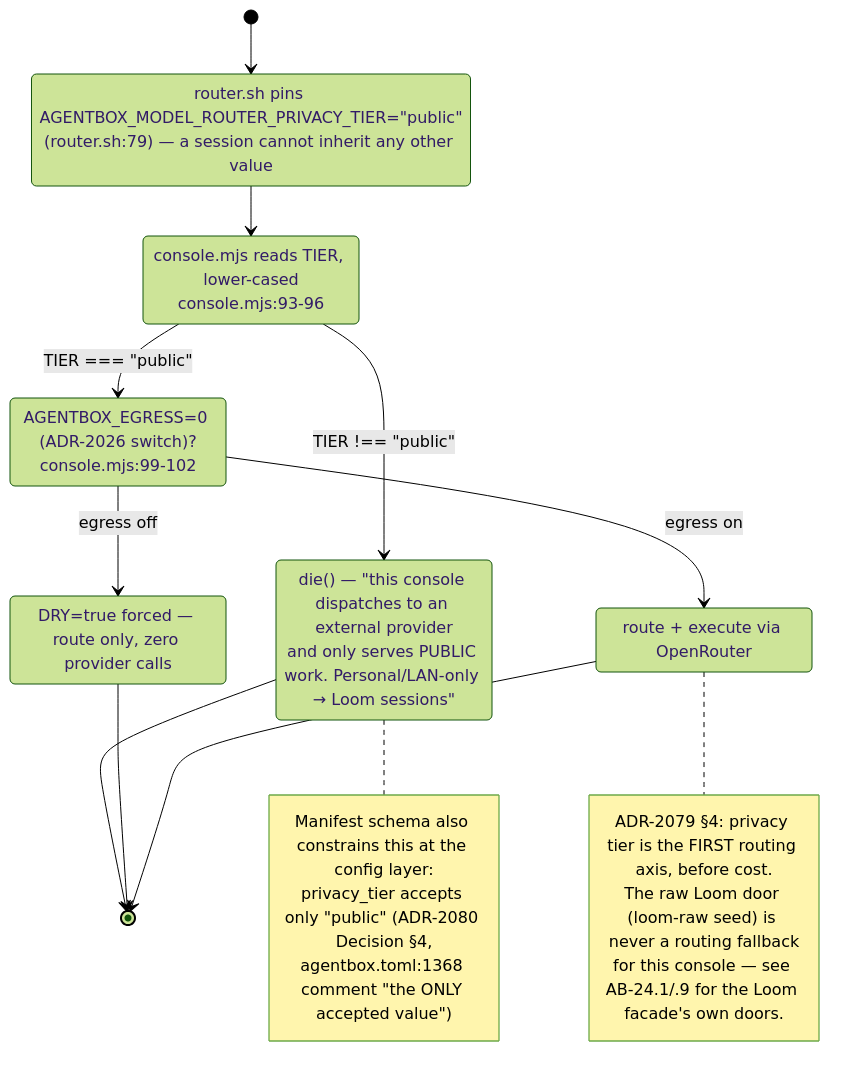
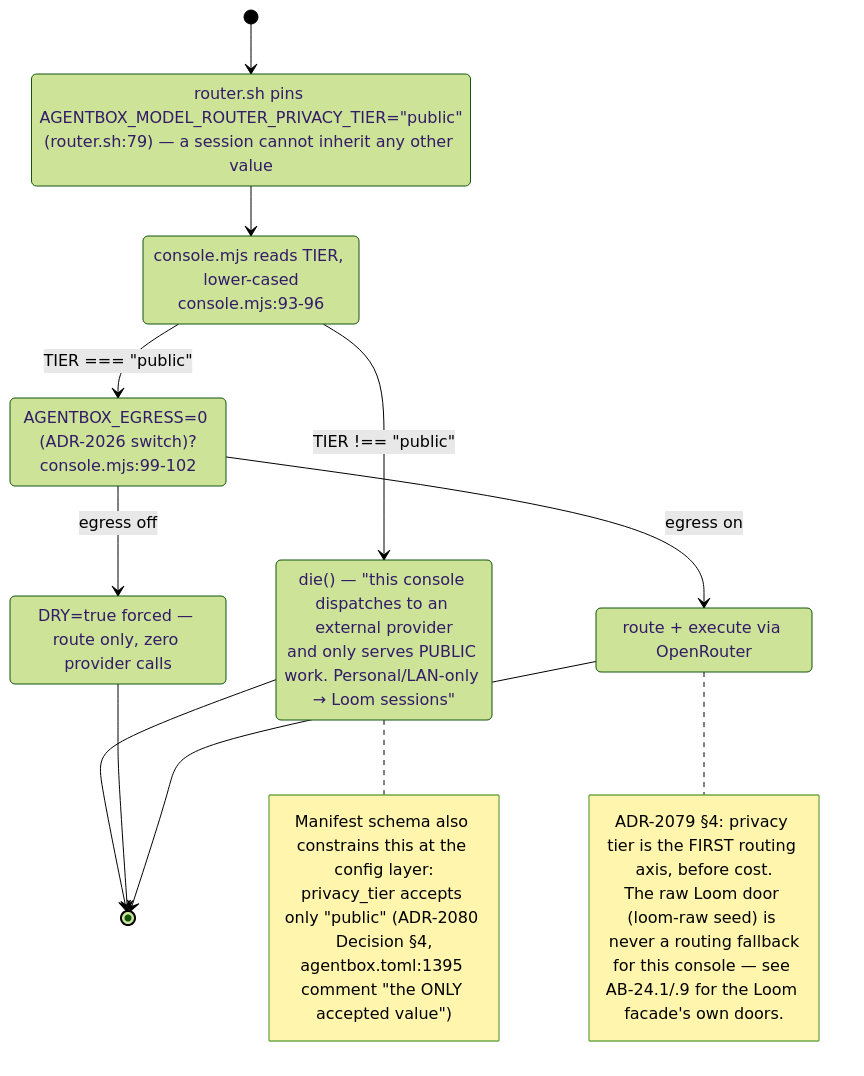
One commit to DreamLab-AI/VisionFlow changed the sixth of 9 diagrams in docs/diagrams/agentbox/29-metaharness-router-console.md. Above: the diagram before and after it, drawn with Mermaid (forest theme). The commit also changed other lines of this file and 94 other files, not shown here.

First line of the commit message:
docs(diagrams): re-verify 130 topics against 2 October HEADs

````diff
--- a/docs/diagrams/agentbox/29-metaharness-router-console.md
+++ b/docs/diagrams/agentbox/29-metaharness-router-console.md
@@ -205,28 +205,28 @@
 ```mermaid
 stateDiagram-v2
     [*] --> WrapperCheck
     WrapperCheck: router.sh pins AGENTBOX_MODEL_ROUTER_PRIVACY_TIER="public"<br/>(router.sh:79) — a session cannot inherit any other value
     WrapperCheck --> ConsoleCheck
     ConsoleCheck: console.mjs reads TIER, lower-cased<br/>console.mjs:93-96
     ConsoleCheck --> Refused: TIER !== "public"
     ConsoleCheck --> EgressCheck: TIER === "public"
     Refused: die() — "this console dispatches to an external provider<br/>and only serves PUBLIC work. Personal/LAN-only → Loom sessions"
     Refused --> [*]
     EgressCheck: AGENTBOX_EGRESS=0 (ADR-2026 switch)?<br/>console.mjs:99-102
     EgressCheck --> DryRunForced: egress off
     EgressCheck --> NormalRun: egress on
     DryRunForced: DRY=true forced — route only, zero provider calls
     NormalRun: route + execute via OpenRouter
     DryRunForced --> [*]
     NormalRun --> [*]
     note right of Refused
         Manifest schema also constrains this at the config layer:
         privacy_tier accepts only "public" (ADR-2080 Decision §4,
-        agentbox.toml:1368 comment "the ONLY accepted value")
+        agentbox.toml:1395 comment "the ONLY accepted value")
     end note
     note right of NormalRun
         ADR-2079 §4: privacy tier is the FIRST routing axis, before cost.
         The raw Loom door (loom-raw seed) is never a routing fallback
         for this console — see AB-24.1/.9 for the Loom facade's own doors.
     end note
 ```
````
